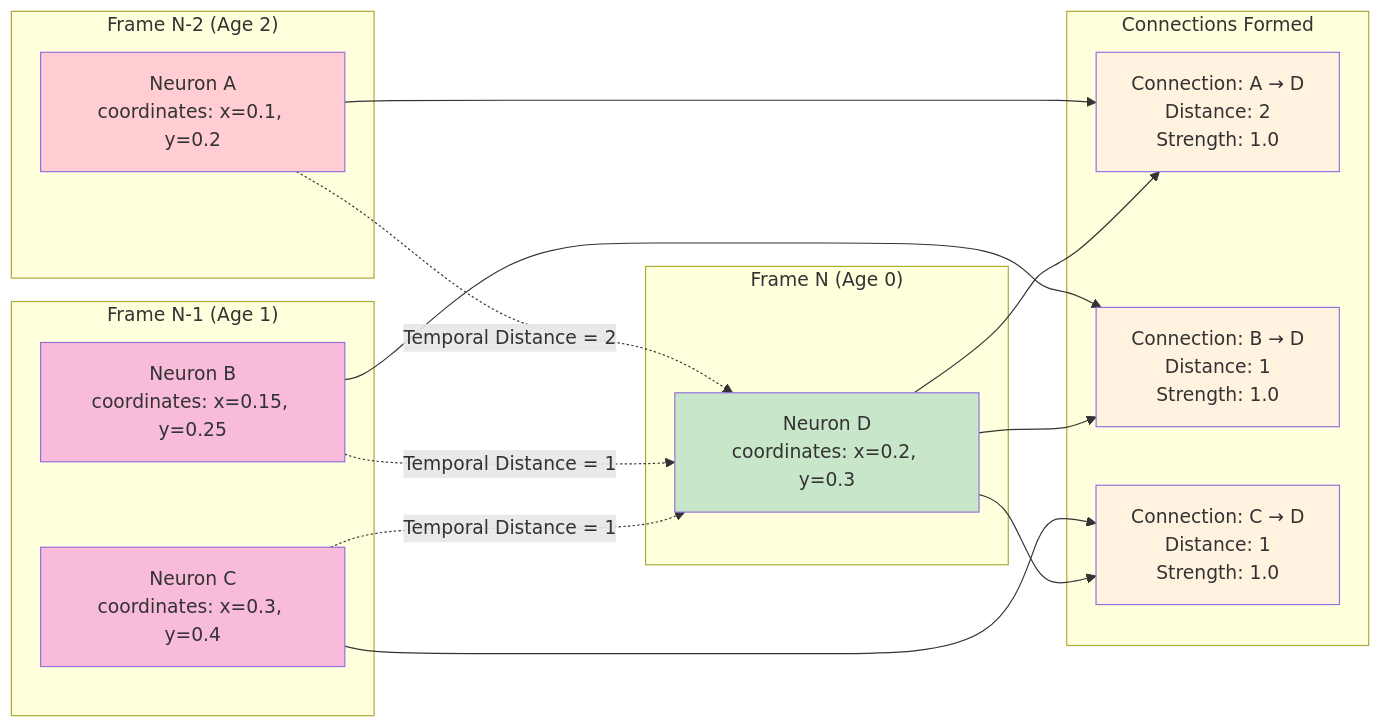
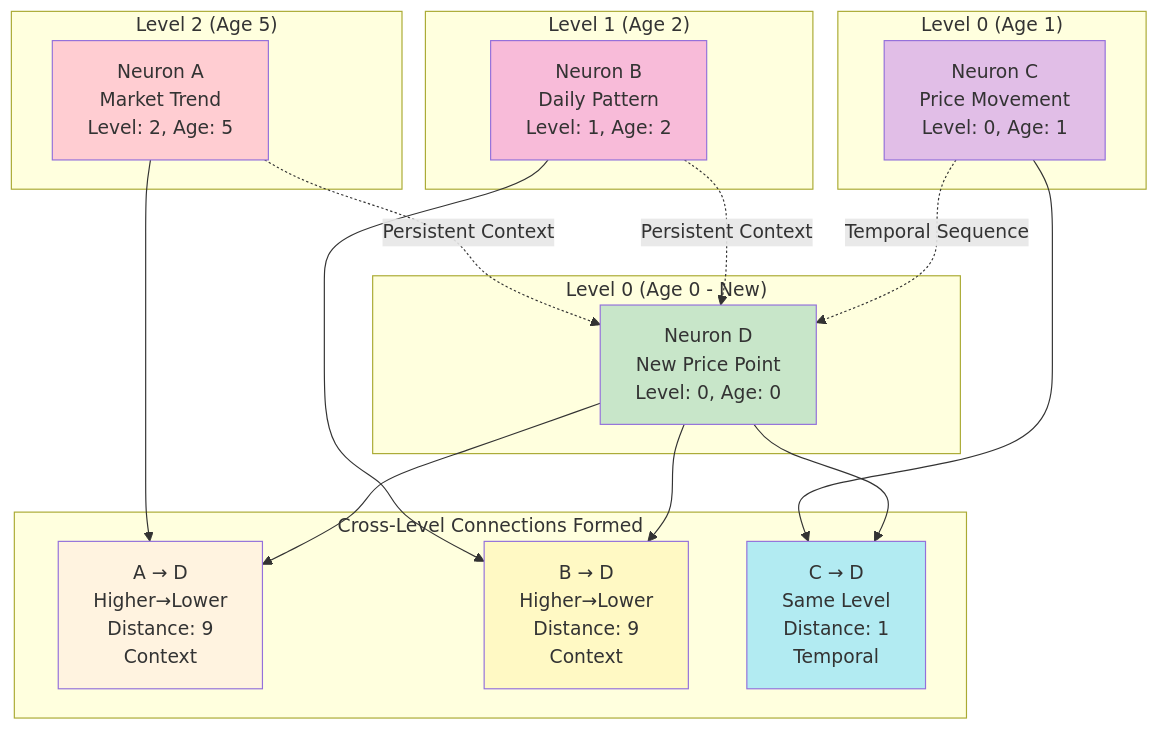
The second of 5 diagrams in docs/PATENT_DISCLOSURE.md (cucar/robot_brain), drawn with Mermaid before and after one commit. The commit also changed other lines of this file and 2 other files, not shown here.

Commit message:
cross-level connections + peak selection distance weighing architectural improvements

````diff
--- a/docs/PATENT_DISCLOSURE.md
+++ b/docs/PATENT_DISCLOSURE.md
@@ -239,40 +250,43 @@
 ```mermaid
-graph LR
-    subgraph "Frame N-2 (Age 2)"
-        N1[Neuron A<br/>coordinates: x=0.1, y=0.2]
+graph TB
+    subgraph "Level 2 (Age 5)"
+        N1[Neuron A<br/>Market Trend<br/>Level: 2, Age: 5]
     end
 
-    subgraph "Frame N-1 (Age 1)"
-        N2[Neuron B<br/>coordinates: x=0.15, y=0.25]
-        N3[Neuron C<br/>coordinates: x=0.3, y=0.4]
+    subgraph "Level 1 (Age 2)"
+        N2[Neuron B<br/>Daily Pattern<br/>Level: 1, Age: 2]
     end
 
-    subgraph "Frame N (Age 0)"
-        N4[Neuron D<br/>coordinates: x=0.2, y=0.3]
+    subgraph "Level 0 (Age 1)"
+        N3[Neuron C<br/>Price Movement<br/>Level: 0, Age: 1]
     end
 
-    subgraph "Connections Formed"
-        C1[Connection: A → D<br/>Distance: 2<br/>Strength: 1.0]
-        C2[Connection: B → D<br/>Distance: 1<br/>Strength: 1.0]
-        C3[Connection: C → D<br/>Distance: 1<br/>Strength: 1.0]
+    subgraph "Level 0 (Age 0 - New)"
+        N4[Neuron D<br/>New Price Point<br/>Level: 0, Age: 0]
     end
 
-    N1 -.->|"Temporal Distance = 2"| N4
-    N2 -.->|"Temporal Distance = 1"| N4
-    N3 -.->|"Temporal Distance = 1"| N4
+    subgraph "Cross-Level Connections Formed"
+        C1[A → D<br/>Higher→Lower<br/>Distance: 9<br/>Context]
+        C2[B → D<br/>Higher→Lower<br/>Distance: 9<br/>Context]
+        C3[C → D<br/>Same Level<br/>Distance: 1<br/>Temporal]
+    end
+
+    N1 -.->|"Persistent Context"| N4
+    N2 -.->|"Persistent Context"| N4
+    N3 -.->|"Temporal Sequence"| N4
 
     N1 --> C1
     N2 --> C2
     N3 --> C3
     N4 --> C1
     N4 --> C2
     N4 --> C3
 
     style N1 fill:#ffcdd2
     style N2 fill:#f8bbd9
-    style N3 fill:#f8bbd9
+    style N3 fill:#e1bee7
     style N4 fill:#c8e6c9
     style C1 fill:#fff3e0
-    style C2 fill:#fff3e0
-    style C3 fill:#fff3e0
+    style C2 fill:#fff9c4
+    style C3 fill:#b2ebf2
 ```
````
